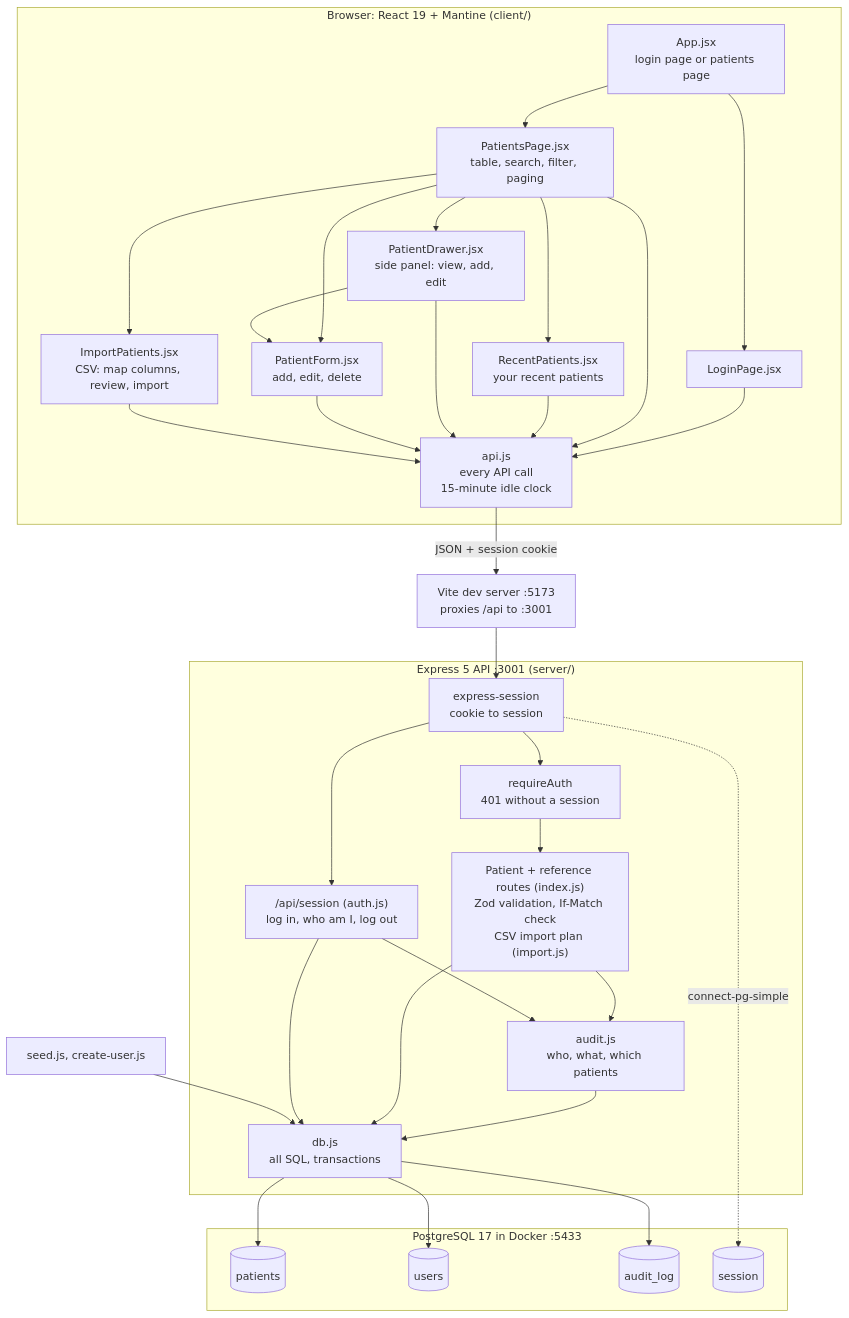
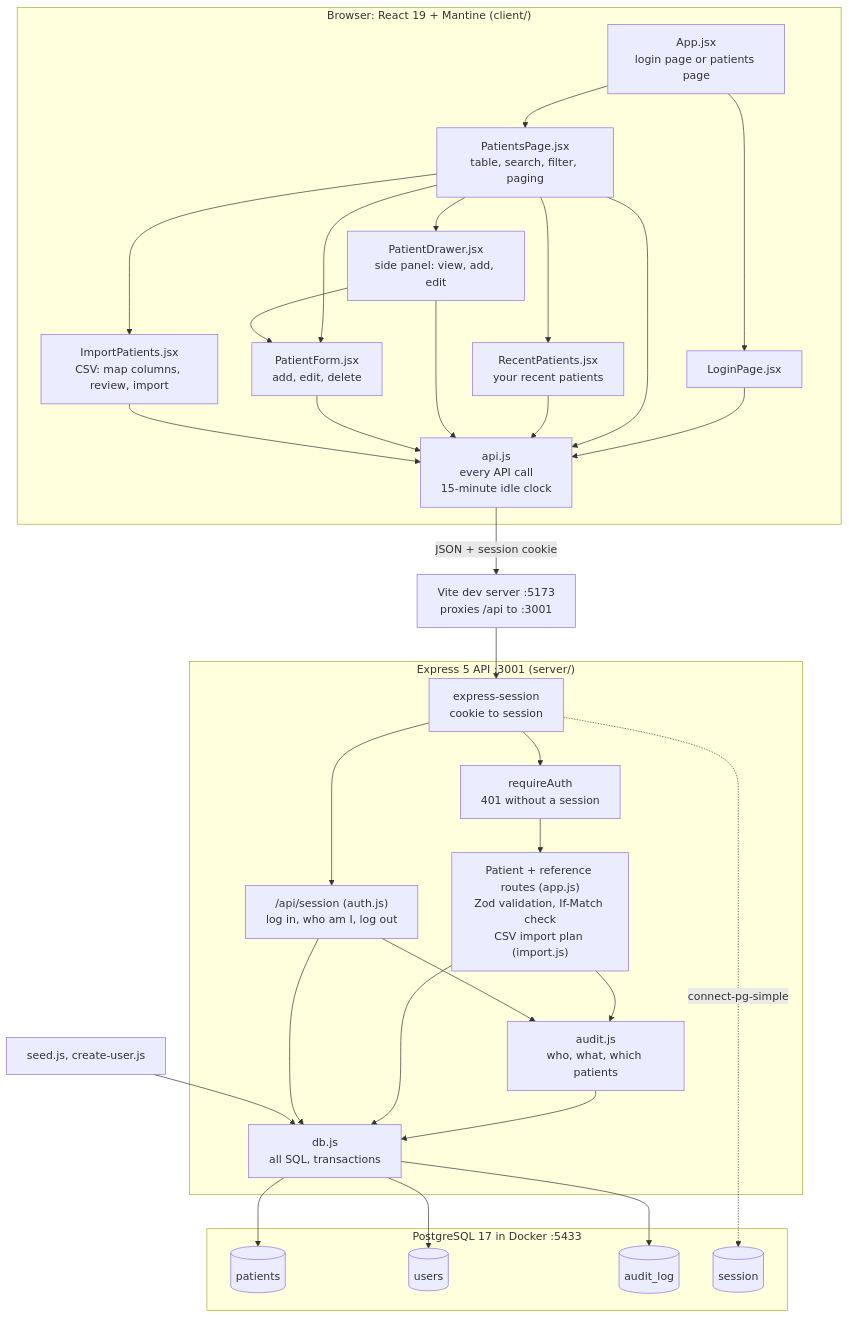
Before and after one commit to dengjulie/patient-tracker: the first of 2 diagrams in ARCHITECTURE.md, drawn with Mermaid. The commit also changed other lines of this file and 10 other files, not shown here.

````diff
--- a/ARCHITECTURE.md
+++ b/ARCHITECTURE.md
@@ -9,48 +9,48 @@
 ```mermaid
 flowchart TB
     subgraph Browser["Browser: React 19 + Mantine (client/)"]
         App["App.jsx<br/>login page or patients page"]
         Login["LoginPage.jsx"]
         List["PatientsPage.jsx<br/>table, search, filter, paging"]
         View["PatientDrawer.jsx<br/>side panel: view, add, edit"]
         Recent["RecentPatients.jsx<br/>your recent patients"]
         Form["PatientForm.jsx<br/>add, edit, delete"]
         Import["ImportPatients.jsx<br/>CSV: map columns, review, import"]
         Api["api.js<br/>every API call<br/>15-minute idle clock"]
         App --> Login & List
         List --> Recent & View & Form & Import
         View --> Form
         Login & List & Recent & View & Form & Import --> Api
     end
 
     Vite["Vite dev server :5173<br/>proxies /api to :3001"]
 
     subgraph Server["Express 5 API :3001 (server/)"]
         Sessions["express-session<br/>cookie to session"]
         SessionRoutes["/api/session (auth.js)<br/>log in, who am I, log out"]
         Guard["requireAuth<br/>401 without a session"]
-        Routes["Patient + reference routes (index.js)<br/>Zod validation, If-Match check<br/>CSV import plan (import.js)"]
+        Routes["Patient + reference routes (app.js)<br/>Zod validation, If-Match check<br/>CSV import plan (import.js)"]
         Audit["audit.js<br/>who, what, which patients"]
         Db["db.js<br/>all SQL, transactions"]
         Sessions --> SessionRoutes
         Sessions --> Guard --> Routes
         Routes --> Audit --> Db
         Routes --> Db
         SessionRoutes --> Audit
         SessionRoutes --> Db
     end
 
     subgraph Postgres["PostgreSQL 17 in Docker :5433"]
         patients[("patients")]
         users[("users")]
         audit_log[("audit_log")]
         session[("session")]
     end
 
     Scripts["seed.js, create-user.js"]
 
     Api -- "JSON + session cookie" --> Vite --> Sessions
     Db --> patients & users & audit_log
     Sessions -. "connect-pg-simple" .-> session
     Scripts --> Db
 ```
````
